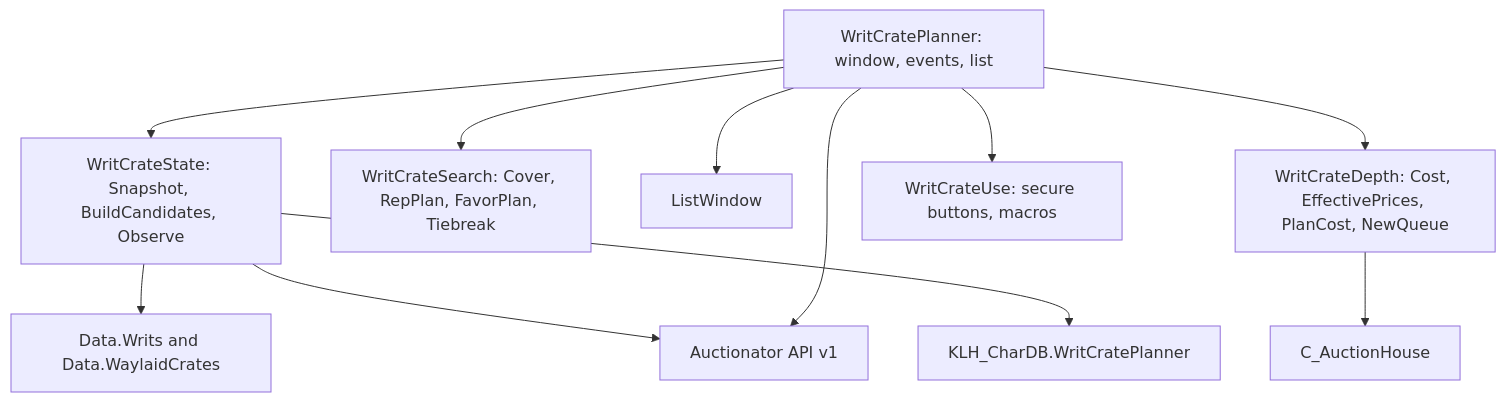
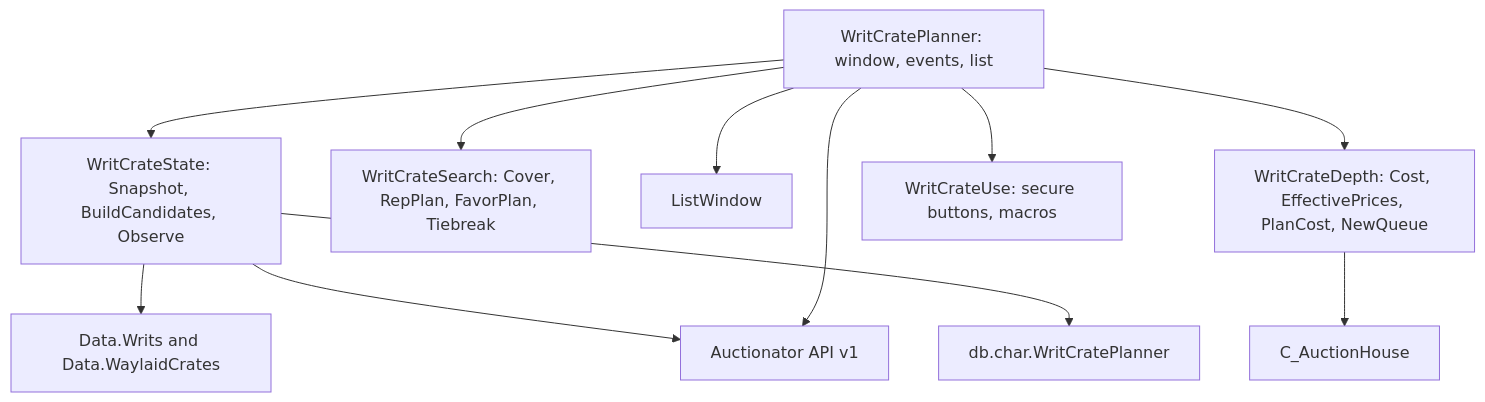
The diagram in docs/4. Deep Dive/Writ and Crate Planner.md (lkshrk/KlausisLittleHelpers), drawn with Mermaid before and after one commit. The commit also changed other lines of this file and 13 other files, not shown here.

Commit message:
feat: expand writ and crate planning

````diff
--- a/docs/4. Deep Dive/Writ and Crate Planner.md
+++ b/docs/4. Deep Dive/Writ and Crate Planner.md
@@ -28,25 +28,25 @@
 ```mermaid
 graph TB
     PL["WritCratePlanner: window, events, list"]
     ST["WritCrateState: Snapshot, BuildCandidates, Observe"]
     SE["WritCrateSearch: Cover, RepPlan, FavorPlan, Tiebreak"]
     DT["Data.Writs and Data.WaylaidCrates"]
     AU["Auctionator API v1"]
-    CD["KLH_CharDB.WritCratePlanner"]
+    CD["db.char.WritCratePlanner"]
     LW["ListWindow"]
 
     DE["WritCrateDepth: Cost, EffectivePrices, PlanCost, NewQueue"]
     AH["C_AuctionHouse"]
     US["WritCrateUse: secure buttons, macros"]
 
     PL --> ST
     PL --> SE
     PL --> DE
     DE --> AH
     PL --> LW
     PL --> US
     ST --> DT
     ST --> AU
     ST --> CD
     PL --> AU
 ```
````
